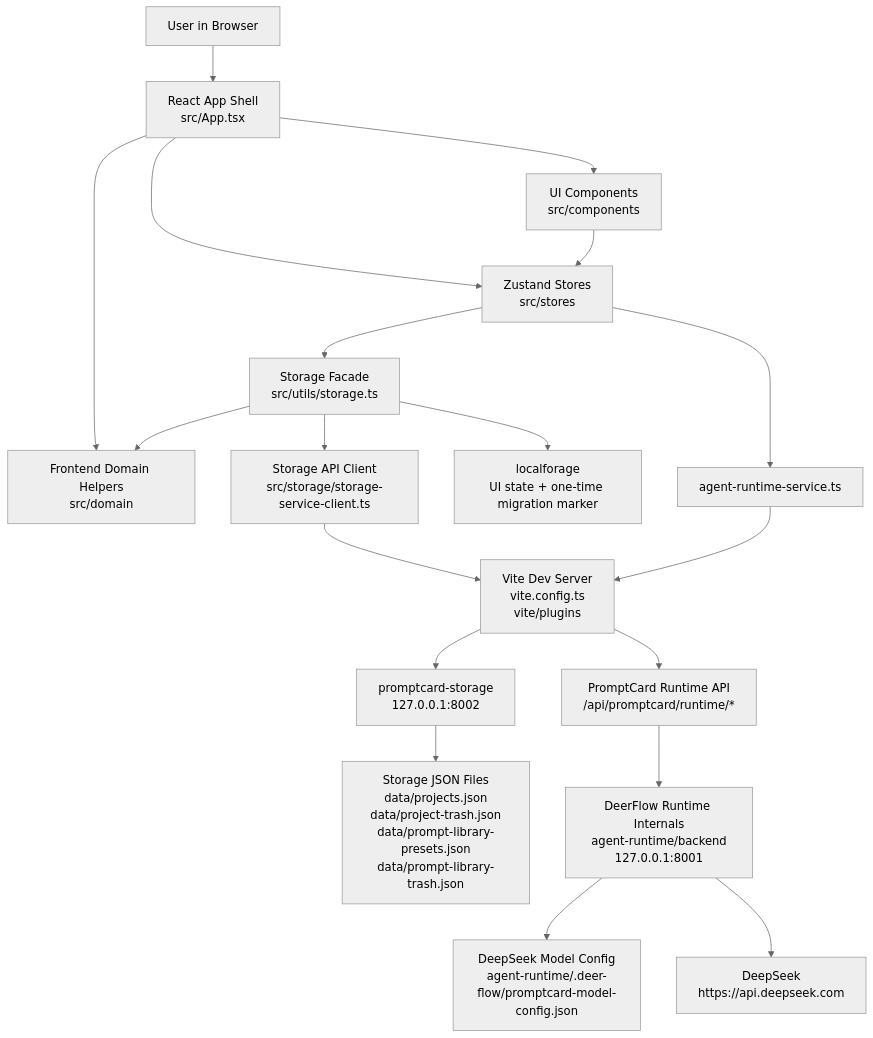
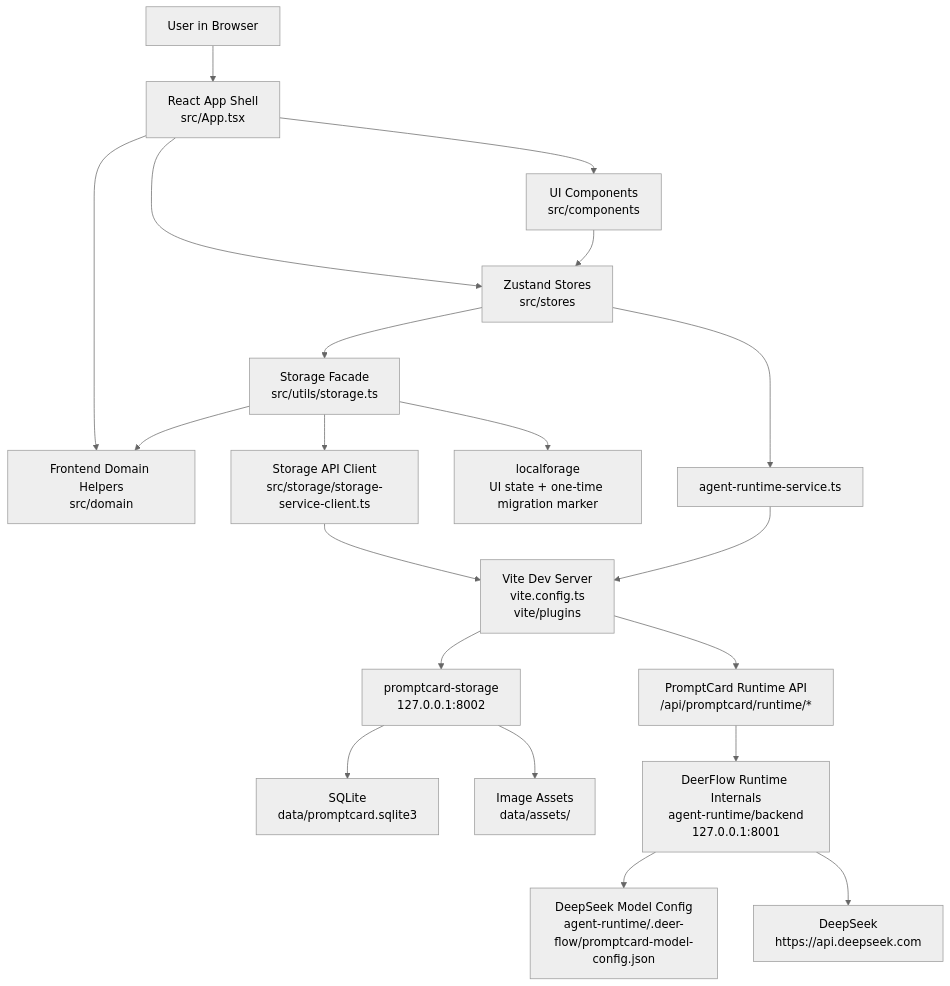
The diagram in docs/architecture/system-architecture.md (Aoye-3/PromptCard-Agent), drawn with Mermaid (neutral theme) before and after one commit. The commit also changed other lines of this file and 38 other files, not shown here.

Commit message:
Add SQLite storage and image canvas workflow

````diff
--- a/docs/architecture/system-architecture.md
+++ b/docs/architecture/system-architecture.md
@@ -11,37 +11,39 @@
 ```mermaid
 flowchart TD
   User["User in Browser"]
   App["React App Shell<br/>src/App.tsx"]
   Components["UI Components<br/>src/components"]
   Domain["Frontend Domain Helpers<br/>src/domain"]
   Stores["Zustand Stores<br/>src/stores"]
   Storage["Storage Facade<br/>src/utils/storage.ts"]
   StorageClient["Storage API Client<br/>src/storage/storage-service-client.ts"]
   BrowserDB["localforage<br/>UI state + one-time migration marker"]
   StorageService["promptcard-storage<br/>127.0.0.1:8002"]
   Vite["Vite Dev Server<br/>vite.config.ts<br/>vite/plugins"]
-  Files["Storage JSON Files<br/>data/projects.json<br/>data/project-trash.json<br/>data/prompt-library-presets.json<br/>data/prompt-library-trash.json"]
+  Database["SQLite<br/>data/promptcard.sqlite3"]
+  Assets["Image Assets<br/>data/assets/"]
   RuntimeBoundary["PromptCard Runtime API<br/>/api/promptcard/runtime/*"]
   Runtime["DeerFlow Runtime Internals<br/>agent-runtime/backend<br/>127.0.0.1:8001"]
   DeepSeekConfig["DeepSeek Model Config<br/>agent-runtime/.deer-flow/promptcard-model-config.json"]
   DeepSeek["DeepSeek<br/>https://api.deepseek.com"]
 
   User --> App
   App --> Components
   App --> Domain
   App --> Stores
   Stores --> Storage
   Storage --> Domain
   Storage --> StorageClient
   Storage --> BrowserDB
   StorageClient --> Vite
   Vite --> StorageService
-  StorageService --> Files
+  StorageService --> Database
+  StorageService --> Assets
   Components --> Stores
   Stores --> RuntimeService["agent-runtime-service.ts"]
   RuntimeService --> Vite
   Vite --> RuntimeBoundary
   RuntimeBoundary --> Runtime
   Runtime --> DeepSeekConfig
   Runtime --> DeepSeek
 ```
````
